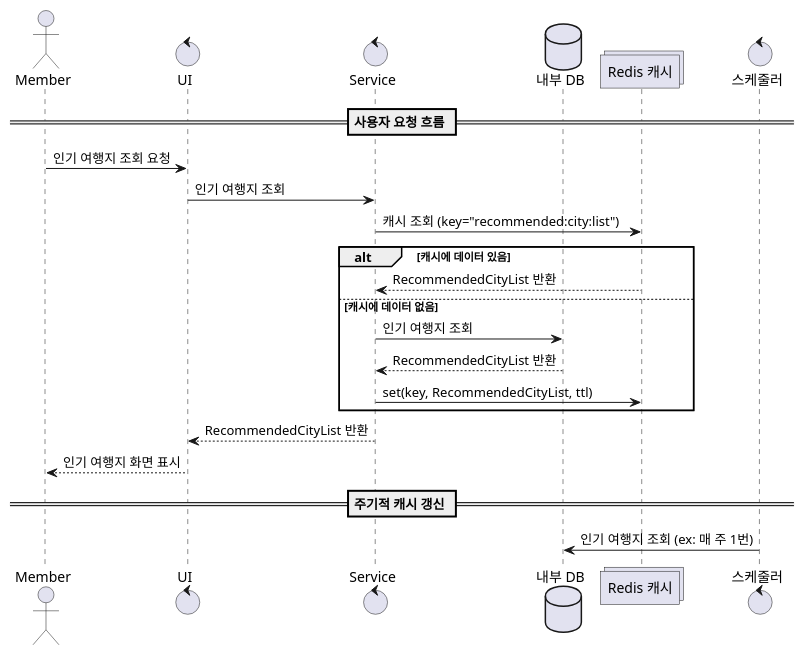
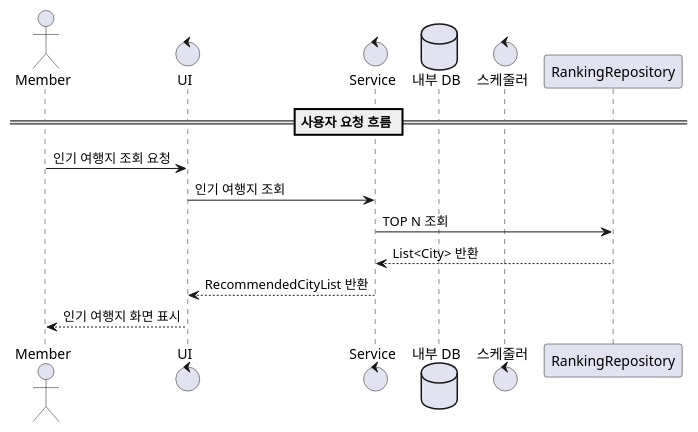
Before and after one commit to depromeet/globber-server: the diagram in diagram/sequence-favorite.puml, drawn with PlantUML. The commit also changed 1 other file, not shown here.

Commit message:
refactor: 시퀀스 다이어그램 수정

```diff
--- a/diagram/sequence-favorite.puml
+++ b/diagram/sequence-favorite.puml
@@ -1,25 +1,16 @@
 @startuml
 actor Member
 control UI
 control Service
 database DB as "내부 DB"
-collections RedisCache as "Redis 캐시"
 control Scheduler as "스케줄러"
 
 == 사용자 요청 흐름 ==
 Member -> UI : 인기 여행지 조회 요청
 UI -> Service : 인기 여행지 조회
-Service -> RedisCache : 캐시 조회 (key="recommended:city:list")
-alt 캐시에 데이터 있음
-    RedisCache --> Service : RecommendedCityList 반환
-else 캐시에 데이터 없음
-    Service -> DB : 인기 여행지 조회
-    DB --> Service : RecommendedCityList 반환
-    Service -> RedisCache : set(key, RecommendedCityList, ttl)
-end
+Service -> RankingRepository : TOP N 조회
+RankingRepository --> Service : List<City> 반환
 Service --> UI : RecommendedCityList 반환
 UI --> Member : 인기 여행지 화면 표시
 
-== 주기적 캐시 갱신 ==
-Scheduler -> DB : 인기 여행지 조회 (ex: 매 주 1번)
 @enduml
```
